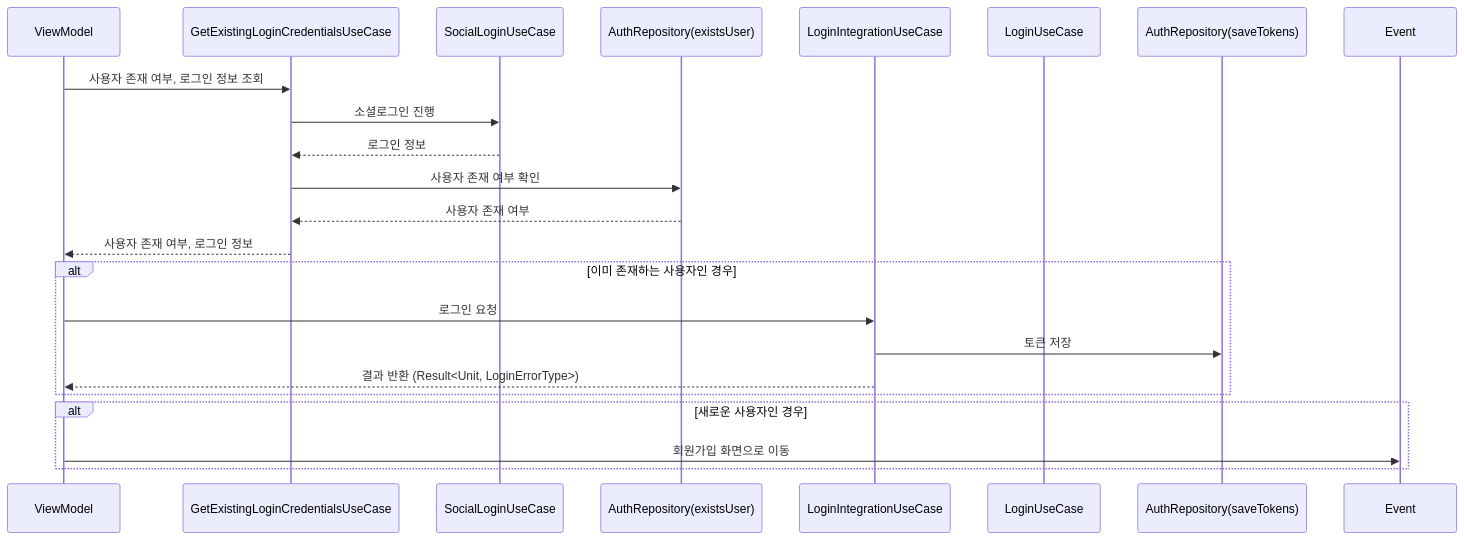
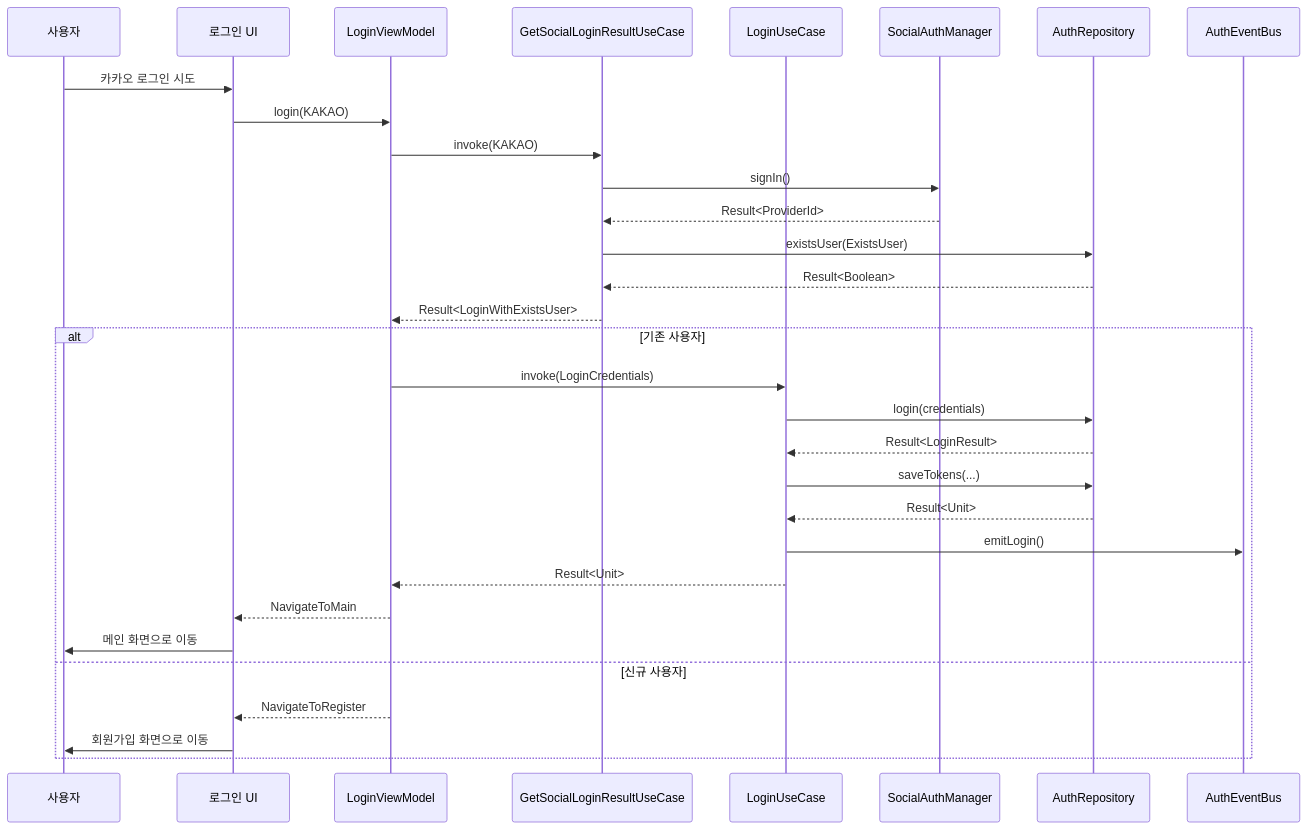
Before and after one commit to Turnin-Dev/turnin-android: the diagram in domain/src/main/java/com/peekr/domain/login/LOGIN_FLOW.md, drawn with Mermaid. The commit also changed 20 other files, not shown here.

````diff
--- a/domain/src/main/java/com/peekr/domain/login/LOGIN_FLOW.md
+++ b/domain/src/main/java/com/peekr/domain/login/LOGIN_FLOW.md
@@ -2,25 +2,35 @@
 ```mermaid
 sequenceDiagram
-    participant VM as ViewModel
-    participant GetLogin as GetExistingLoginCredentialsUseCase
-    participant Social as SocialLoginUseCase
-    participant Exists as AuthRepository(existsUser)
-    participant UseCase as LoginIntegrationUseCase
-    participant Login as LoginUseCase
-    participant Token as AuthRepository(saveTokens)
-    VM ->> GetLogin: 사용자 존재 여부, 로그인 정보 조회
-    GetLogin ->> Social: 소셜로그인 진행
-    Social -->> GetLogin: 로그인 정보
-    GetLogin ->> Exists: 사용자 존재 여부 확인
-    Exists -->> GetLogin: 사용자 존재 여부
-    GetLogin -->> VM: 사용자 존재 여부, 로그인 정보
-    alt 이미 존재하는 사용자인 경우
-        VM ->> UseCase: 로그인 요청
-        UseCase ->> Token: 토큰 저장
-        UseCase -->> VM: 결과 반환 (Result<Unit, LoginErrorType>)
+    participant User as 사용자
+    participant LoginUI as 로그인 UI
+    participant LoginVM as LoginViewModel
+    participant GetSocialLogin as GetSocialLoginResultUseCase
+    participant LoginUseCase as LoginUseCase
+    participant AuthMgr as SocialAuthManager
+    participant AuthRepo as AuthRepository
+    participant EventBus as AuthEventBus
+
+    User->>LoginUI: 카카오 로그인 시도
+    LoginUI->>LoginVM: login(KAKAO)
+    LoginVM->>GetSocialLogin: invoke(KAKAO)
+    GetSocialLogin->>AuthMgr: signIn()
+    AuthMgr-->>GetSocialLogin: Result<ProviderId>
+    GetSocialLogin->>AuthRepo: existsUser(ExistsUser)
+    AuthRepo-->>GetSocialLogin: Result<Boolean>
+    GetSocialLogin-->>LoginVM: Result<LoginWithExistsUser>
+
+    alt 기존 사용자
+        LoginVM->>LoginUseCase: invoke(LoginCredentials)
+        LoginUseCase->>AuthRepo: login(credentials)
+        AuthRepo-->>LoginUseCase: Result<LoginResult>
+        LoginUseCase->>AuthRepo: saveTokens(...)
+        AuthRepo-->>LoginUseCase: Result<Unit>
+        LoginUseCase->>EventBus: emitLogin()
+        LoginUseCase-->>LoginVM: Result<Unit>
+        LoginVM-->>LoginUI: NavigateToMain
+        LoginUI->>User: 메인 화면으로 이동
+    else 신규 사용자
+        LoginVM-->>LoginUI: NavigateToRegister
+        LoginUI->>User: 회원가입 화면으로 이동
     end
-    alt 새로운 사용자인 경우
-        VM ->> Event: 회원가입 화면으로 이동
-    end
-
 ```
````
